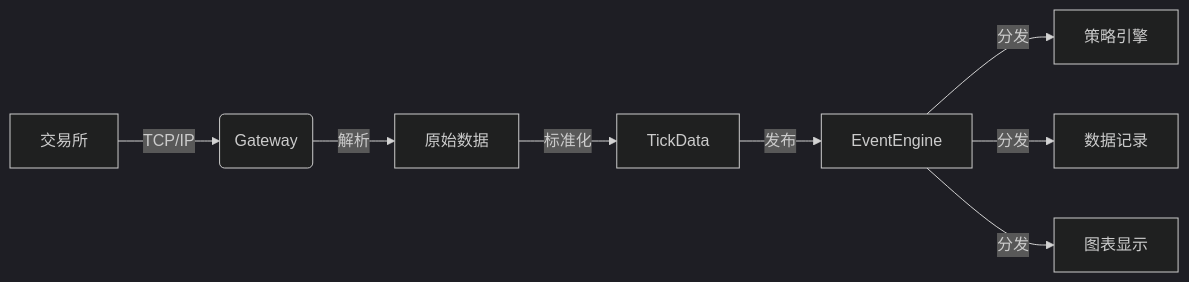
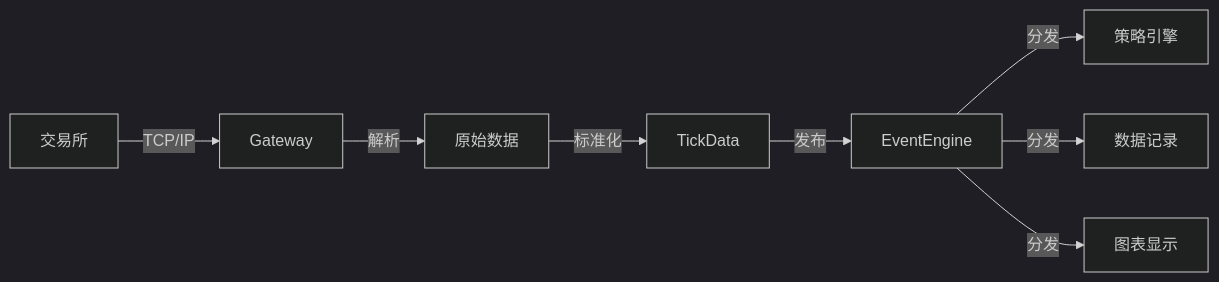
One commit to Crackstoper/quant changed diagram 17 of 20 in VeighNa_Complete_Handbook.md. Above: the diagram before and after it, drawn with Mermaid (dark theme). The commit also changed other lines of this file and 2 other files, not shown here.

````diff
--- a/VeighNa_Complete_Handbook.md
+++ b/VeighNa_Complete_Handbook.md
@@ -615,10 +620,10 @@
 ```mermaid
 flowchart LR
-    A[交易所] -->|TCP/IP| B(Gateway)
+    A[交易所] -->|TCP/IP| B[Gateway]
     B -->|解析| C[原始数据]
     C -->|标准化| D[TickData]
     D -->|发布| E[EventEngine]
     E -->|分发| F[策略引擎]
     E -->|分发| G[数据记录]
     E -->|分发| H[图表显示]
 ```
````
